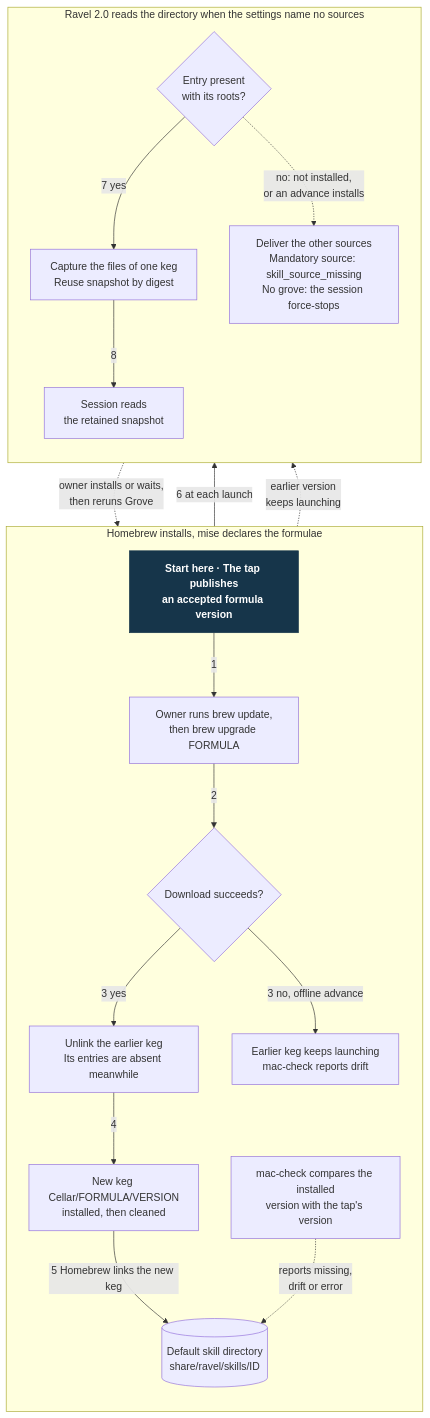
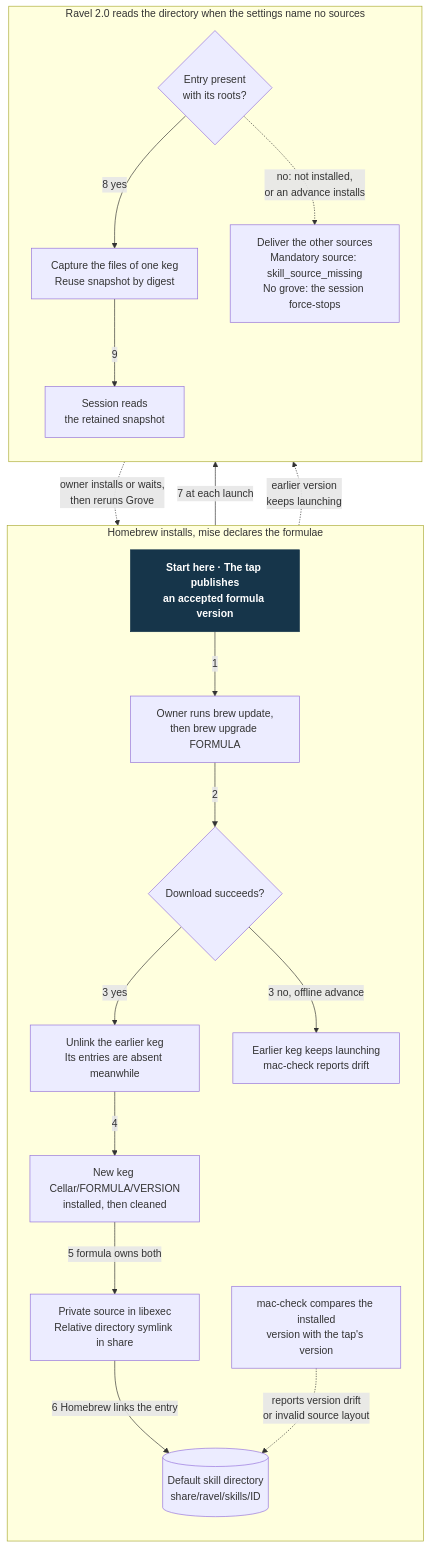
One commit to Linkuistics/grove changed the diagram in docs/design/harness-selection-and-execution/owner-skill-formulae.mmd. Above: the diagram before and after it, drawn with Mermaid. The commit also changed 17 other files, not shown here.

Commit message:
Preserve Homebrew skill sources through directory projections (skill-keg-link-layout-k274)

```diff
--- a/docs/design/harness-selection-and-execution/owner-skill-formulae.mmd
+++ b/docs/design/harness-selection-and-execution/owner-skill-formulae.mmd
@@ -1,34 +1,36 @@
 flowchart TB
     subgraph brew["Homebrew installs, mise declares the formulae"]
         direction TB
         A["Start here · The tap publishes<br/>an accepted formula version"]
         B["Owner runs brew update,<br/>then brew upgrade FORMULA"]
         E{"Download succeeds?"}
         U["Unlink the earlier keg<br/>Its entries are absent meanwhile"]
         C["New keg Cellar/FORMULA/VERSION<br/>installed, then cleaned"]
+        P["Private source in libexec<br/>Relative directory symlink in share"]
         O[("Default skill directory<br/>share/ravel/skills/ID")]
         F["Earlier keg keeps launching<br/>mac-check reports drift"]
         K["mac-check compares the installed<br/>version with the tap's version"]
         A -->|1| B
         B -->|2| E
         E -->|"3 yes"| U
         U -->|4| C
-        C -->|"5 Homebrew links the new keg"| O
+        C -->|"5 formula owns both"| P
+        P -->|"6 Homebrew links the entry"| O
         E -->|"3 no, offline advance"| F
-        K -.->|"reports missing,<br/>drift or error"| O
+        K -.->|"reports version drift<br/>or invalid source layout"| O
     end
     subgraph ravel["Ravel 2.0 reads the directory when the settings name no sources"]
         direction TB
         G{"Entry present<br/>with its roots?"}
         H["Capture the files of one keg<br/>Reuse snapshot by digest"]
         M["Deliver the other sources<br/>Mandatory source: skill_source_missing<br/>No grove: the session force-stops"]
         J["Session reads<br/>the retained snapshot"]
-        G -->|"7 yes"| H
+        G -->|"8 yes"| H
         G -.->|"no: not installed,<br/>or an advance installs"| M
-        H -->|8| J
+        H -->|9| J
     end
-    O -->|"6 at each launch"| G
+    O -->|"7 at each launch"| G
     F -.->|"earlier version<br/>keeps launching"| G
     M -.->|"owner installs or waits,<br/>then reruns Grove"| B
     classDef start fill:#16354a,color:#fff,stroke:#16354a,font-weight:bold
     class A start
```
